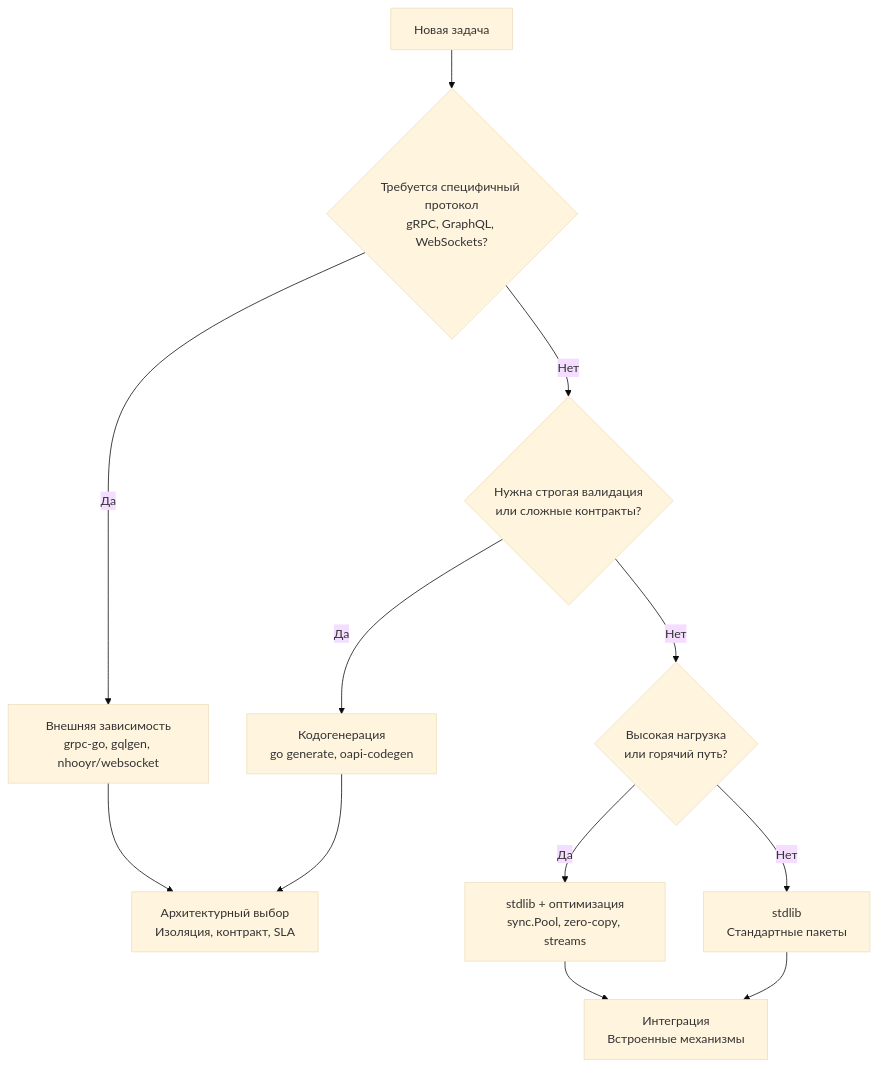
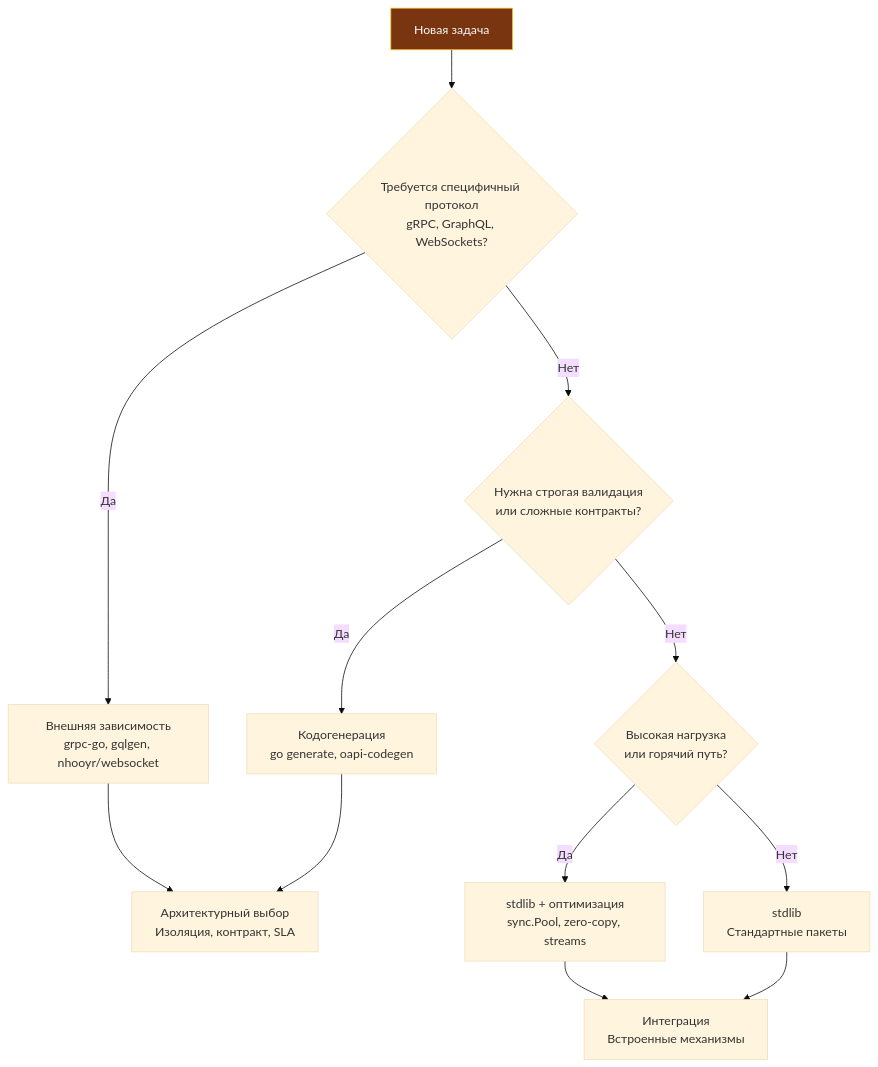
One commit to UnrealTemplier/go-textbook changed the diagram in sources/6. Стандартная библиотека Go/48. Итоги раздела. Как эффективно использовать стандартную библиотеку Go.md. Above: the diagram before and after it, drawn with Mermaid (base theme). The commit also changed 1666 other files, not shown here.

First line of the commit message:
feat(mermaid): add semantic color classDef to 1369 colorless flowchart/graph diagrams

````diff
--- a/sources/6. Стандартная библиотека Go/48. Итоги раздела. Как эффективно использовать стандартную библиотеку Go.md
+++ b/sources/6. Стандартная библиотека Go/48. Итоги раздела. Как эффективно использовать стандартную библиотеку Go.md
@@ -23,14 +23,24 @@
 ```mermaid
 flowchart TD
-    A["Новая задача"] --> B{"Требуется специфичный протокол<br>gRPC, GraphQL, WebSockets?"}
+    classDef process  fill:#1e293b,stroke:#38bdf8,stroke-width:1px,color:#f8fafc
+    classDef success  fill:#064e3b,stroke:#34d399,stroke-width:1px,color:#f8fafc
+    classDef error    fill:#7f1d1d,stroke:#f87171,stroke-width:1px,color:#f8fafc
+    classDef warning  fill:#78350f,stroke:#fbbf24,stroke-width:1px,color:#f8fafc
+    classDef entry    fill:#1e3a5f,stroke:#38bdf8,stroke-width:2px,color:#f8fafc
+    classDef aux      fill:#334155,stroke:#64748b,stroke-width:1px,color:#f8fafc
+    classDef system   fill:#312e81,stroke:#a78bfa,stroke-width:1px,color:#f8fafc
+    classDef data     fill:#132d29,stroke:#2dd4bf,stroke-width:1px,color:#f8fafc
+    classDef network  fill:#881337,stroke:#fb7185,stroke-width:1px,color:#f8fafc
+    classDef accent   fill:#1e1b4b,stroke:#818cf8,stroke-width:1px,color:#f8fafc
+    A["Новая задача"]:::warning --> B{"Требуется специфичный протокол<br>gRPC, GraphQL, WebSockets?"}
     B -->|Да| C["Внешняя зависимость<br>grpc-go, gqlgen, nhooyr/websocket"]
     B -->|Нет| D{"Нужна строгая валидация<br>или сложные контракты?"}
     D -->|Да| E["Кодогенерация<br>go generate, oapi-codegen"]
     D -->|Нет| F{"Высокая нагрузка<br>или горячий путь?"}
     F -->|Да| G["stdlib + оптимизация<br>sync.Pool, zero-copy, streams"]
     F -->|Нет| H["stdlib<br>Стандартные пакеты"]
     C --> I["Архитектурный выбор<br>Изоляция, контракт, SLA"]
     E --> I
     G --> J["Интеграция<br>Встроенные механизмы"]
     H --> J
 ```
````
